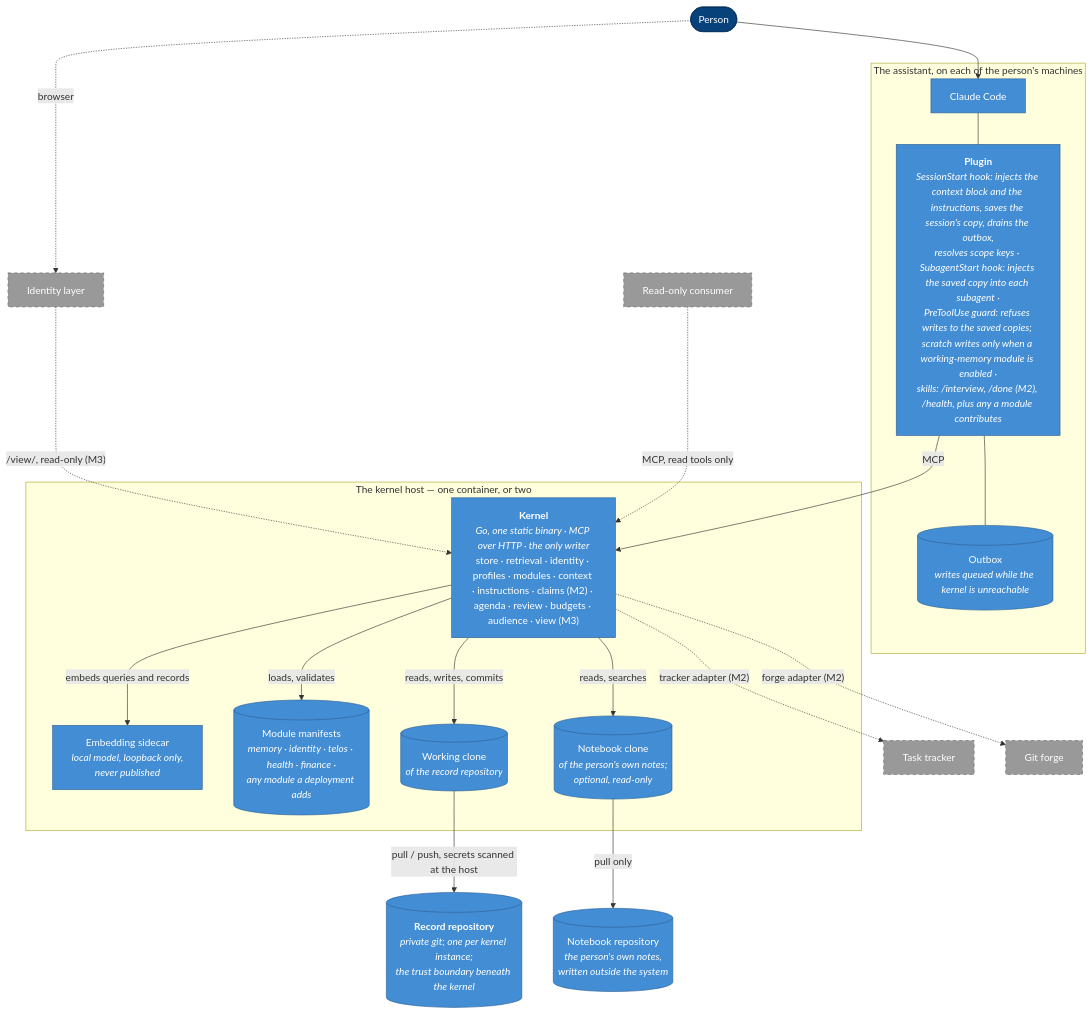
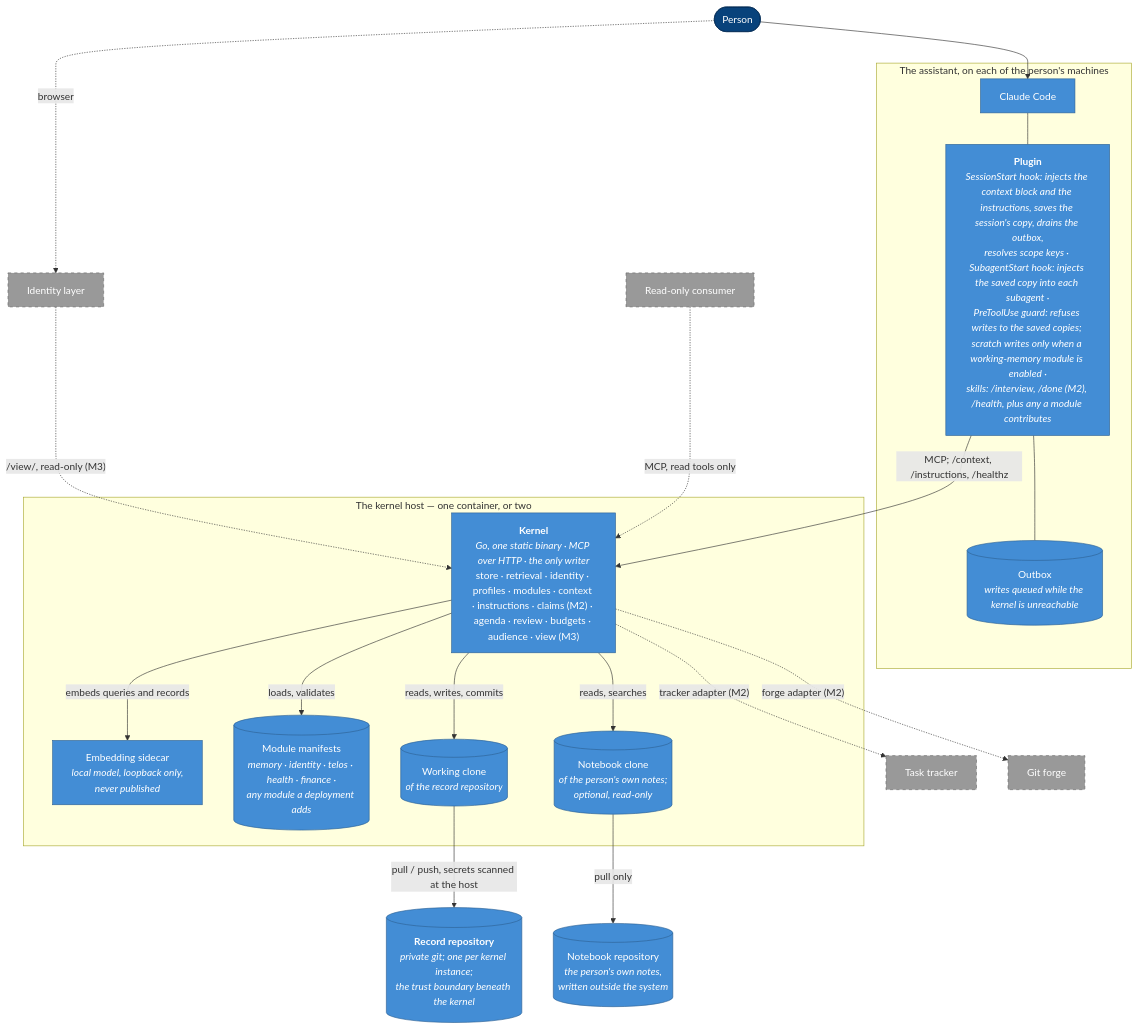
One commit to allanschon/brabeus changed the second of 4 diagrams in docs/personal-context-system-c4.md. Above: the diagram before and after it, drawn with Mermaid. The commit also changed other lines of this file and 6 other files, not shown here.

````diff
--- a/docs/personal-context-system-c4.md
+++ b/docs/personal-context-system-c4.md
@@ -67,50 +67,50 @@
 ```mermaid
 flowchart TB
     person(["Person"])
 
     subgraph assistant_host ["The assistant, on each of the person's machines"]
         cc["Claude Code"]
         plugin["<b>Plugin</b><br/><i>SessionStart hook: injects the context block and the instructions, saves the session's copy, drains the outbox,<br/>resolves scope keys · SubagentStart hook: injects the saved copy into each subagent ·<br/>PreToolUse guard: refuses writes to the saved copies; scratch writes only when a working-memory module is enabled ·<br/>skills: /interview, /done (M2), /health, plus any a module contributes</i>"]
         outbox[("Outbox<br/><i>writes queued while the kernel is unreachable</i>")]
         cc --- plugin
         plugin --- outbox
     end
 
     subgraph kernel_host ["The kernel host — one container, or two"]
         kernel["<b>Kernel</b><br/><i>Go, one static binary · MCP over HTTP · the only writer</i><br/>store · retrieval · identity · profiles · modules · context · instructions · claims (M2) · agenda · review · budgets · audience · view (M3)"]
         embed["Embedding sidecar<br/><i>local model, loopback only,<br/>never published</i>"]
         modules[("Module manifests<br/><i>memory · identity · telos · health · finance ·<br/>any module a deployment adds</i>")]
         clone[("Working clone<br/><i>of the record repository</i>")]
         nbclone[("Notebook clone<br/><i>of the person's own notes;<br/>optional, read-only</i>")]
         kernel -- "embeds queries and records" --> embed
         kernel -- "loads, validates" --> modules
         kernel -- "reads, writes, commits" --> clone
         kernel -- "reads, searches" --> nbclone
     end
 
     repo[("<b>Record repository</b><br/><i>private git; one per kernel instance;<br/>the trust boundary beneath the kernel</i>")]
     notes[("Notebook repository<br/><i>the person's own notes,<br/>written outside the system</i>")]
     idp["Identity layer"]
     tracker["Task tracker"]
     forge["Git forge"]
     consumer["Read-only consumer"]
 
     person --> cc
-    plugin -- "MCP" --> kernel
+    plugin -- "MCP; /context, /instructions, /healthz" --> kernel
     person -. "browser" .-> idp
     idp -. "/view/, read-only (M3)" .-> kernel
     consumer -. "MCP, read tools only" .-> kernel
     clone -- "pull / push, secrets scanned at the host" --> repo
     nbclone -- "pull only" --> notes
     kernel -. "tracker adapter (M2)" .-> tracker
     kernel -. "forge adapter (M2)" .-> forge
 
     classDef person fill:#08427b,stroke:#052e56,color:#fff
     classDef container fill:#438dd5,stroke:#2e6295,color:#fff
     classDef store fill:#438dd5,stroke:#2e6295,color:#fff
     classDef ext fill:#999,stroke:#6b6b6b,color:#fff,stroke-dasharray:5 5
     class person person
     class cc,plugin,kernel,embed container
     class outbox,modules,clone,repo,nbclone,notes store
     class idp,tracker,forge,consumer ext
 ```
````
